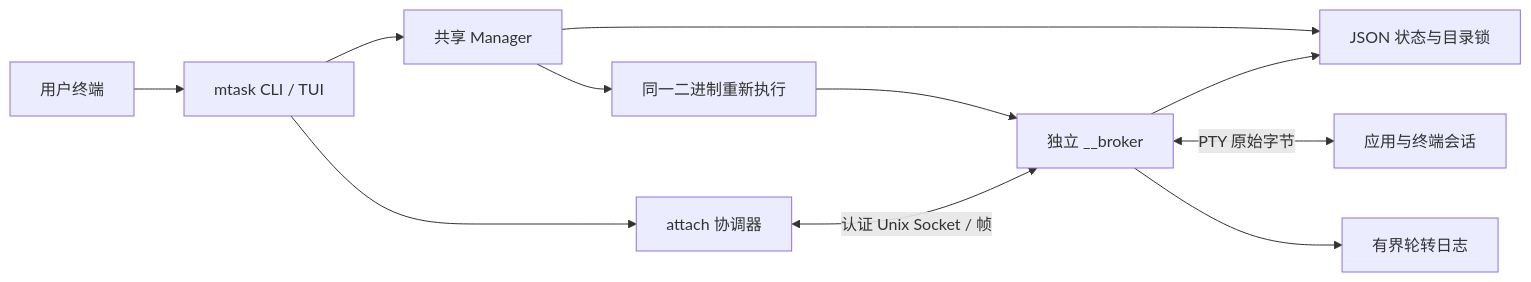
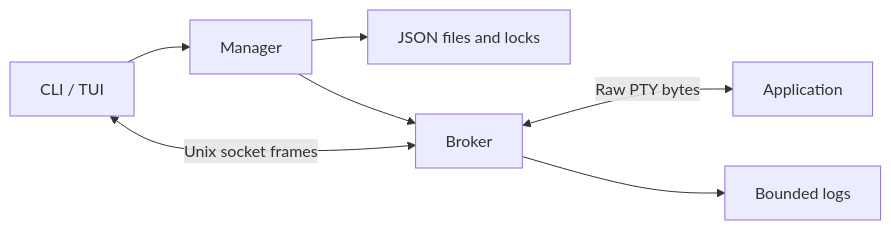
Before and after one commit to raywcm/mtask: the diagram in docs/architecture.md, drawn with Mermaid. The commit also changed other lines of this file and 33 other files, not shown here.

````diff
--- a/docs/architecture.md
+++ b/docs/architecture.md
@@ -7,13 +8,9 @@
 ```mermaid
 flowchart LR
-    T[用户终端] --> F[mtask CLI / TUI]
-    F --> S[共享 Manager]
-    S --> D[JSON 状态与目录锁]
-    S --> L[同一二进制重新执行]
-    L --> B[独立 __broker]
-    F --> A[attach 协调器]
-    A <-->|认证 Unix Socket / 帧| B
-    B <-->|PTY 原始字节| C[应用与终端会话]
-    B --> D
-    B --> G[有界轮转日志]
+    UI[CLI / TUI] --> Manager
+    Manager --> State[JSON files and locks]
+    Manager --> Broker
+    UI <-->|Unix socket frames| Broker
+    Broker <-->|Raw PTY bytes| Application
+    Broker --> Logs[Bounded logs]
 ```
````
